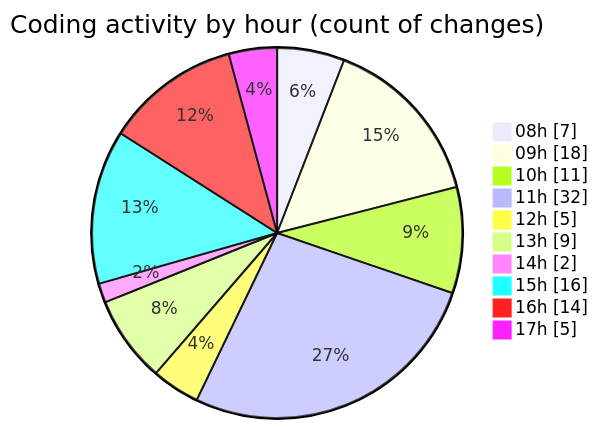
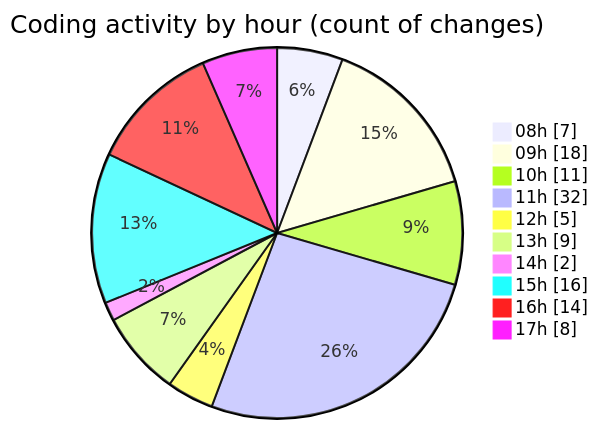
One commit to momahboobian/code-tracking changed the second of 2 diagrams in 2025-11-11/cda/README.md. Above: the diagram before and after it, drawn with Mermaid. The commit also changed other lines of this file and 1 other file, not shown here.

````diff
--- a/2025-11-11/cda/README.md
+++ b/2025-11-11/cda/README.md
@@ -52,14 +53,14 @@
 ```mermaid
 pie showData
 title Coding activity by hour (count of changes)
 "08h" : 7
 "09h" : 18
 "10h" : 11
 "11h" : 32
 "12h" : 5
 "13h" : 9
 "14h" : 2
 "15h" : 16
 "16h" : 14
-"17h" : 5
+"17h" : 8
 ```
````
